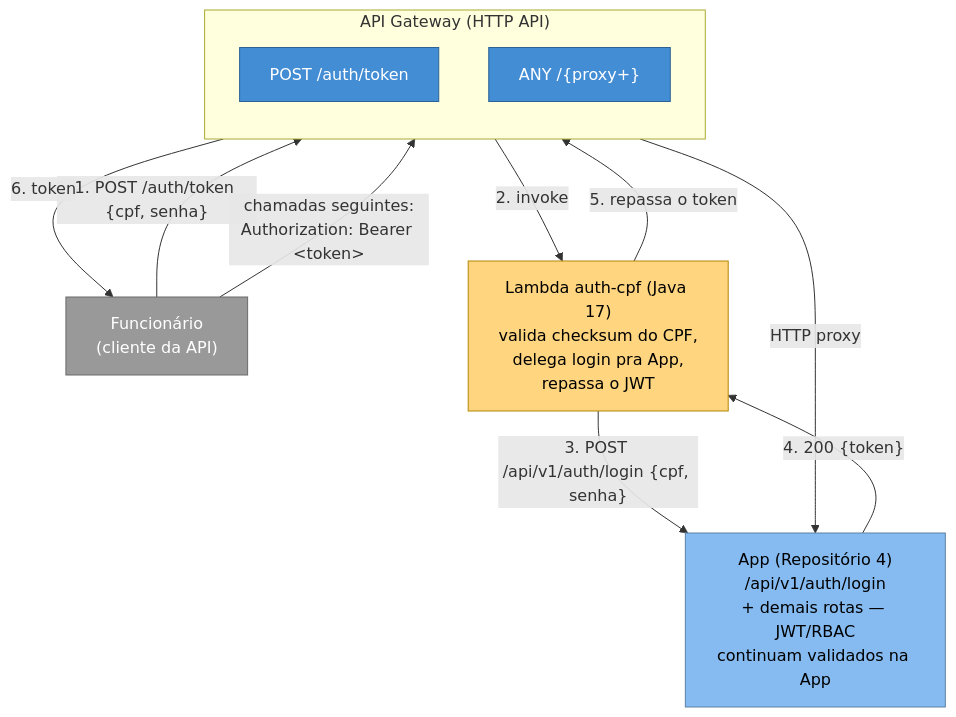
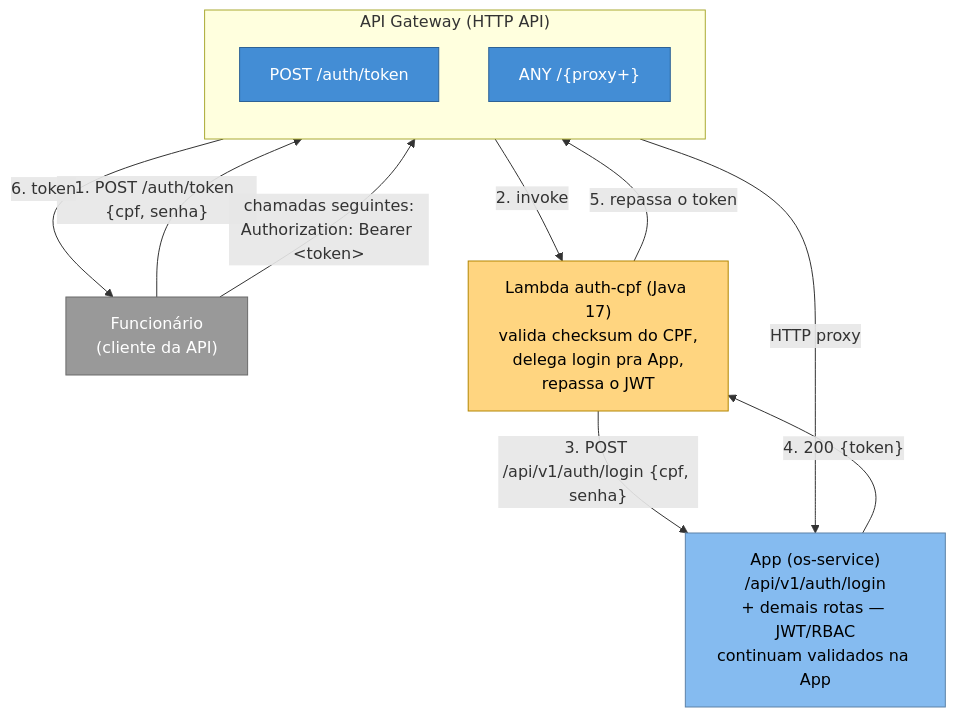
The diagram in README.md (Adriana-Meyer/fiap-tech-challenge-API-gateway-function-serverless), drawn with Mermaid before and after one commit. The commit also changed other lines of this file and 3 other files, not shown here.

````diff
--- a/README.md
+++ b/README.md
@@ -17,29 +17,29 @@
 ```mermaid
 flowchart TB
     classDef ext fill:#999999,stroke:#6b6b6b,color:#fff
     classDef gw fill:#438dd5,stroke:#2e6295,color:#fff
     classDef lambda fill:#ffd580,stroke:#b38600,color:#000
     classDef app fill:#85bbf0,stroke:#5d82a8,color:#000
 
     Client["Funcionário<br/>(cliente da API)"]:::ext
 
     subgraph APIGW["API Gateway (HTTP API)"]
         direction TB
         RouteAuth["POST /auth/token"]:::gw
         RouteProxy["ANY /{proxy+}"]:::gw
     end
 
     Lambda["Lambda auth-cpf (Java 17)<br/>valida checksum do CPF,<br/>delega login pra App,<br/>repassa o JWT"]:::lambda
 
-    App["App (Repositório 4)<br/>/api/v1/auth/login<br/>+ demais rotas — JWT/RBAC<br/>continuam validados na App"]:::app
+    App["App (os-service)<br/>/api/v1/auth/login<br/>+ demais rotas — JWT/RBAC<br/>continuam validados na App"]:::app
 
     Client -- "1. POST /auth/token {cpf, senha}" --> RouteAuth
     RouteAuth -- "2. invoke" --> Lambda
     Lambda -- "3. POST /api/v1/auth/login {cpf, senha}" --> App
     App -- "4. 200 {token}" --> Lambda
     Lambda -- "5. repassa o token" --> RouteAuth
     RouteAuth -- "6. token" --> Client
 
     Client -- "chamadas seguintes:<br/>Authorization: Bearer &lt;token&gt;" --> RouteProxy
     RouteProxy -- "HTTP proxy" --> App
 ```
````
